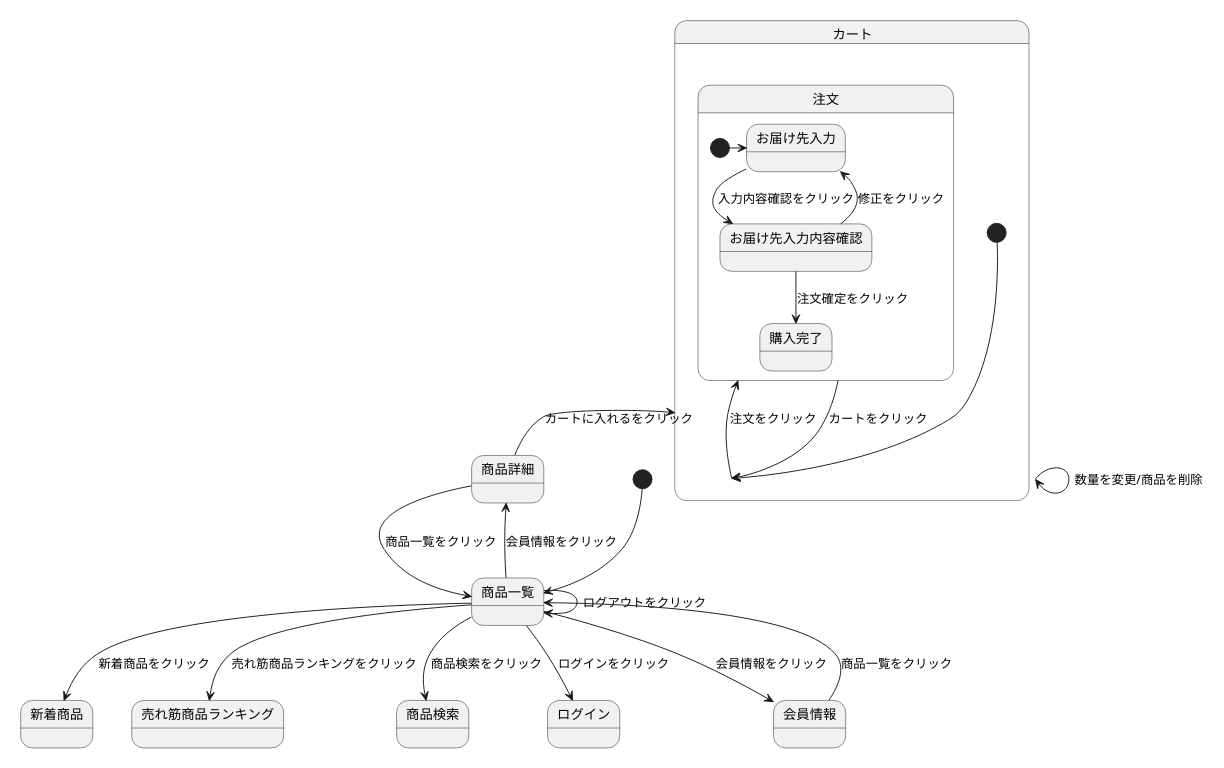
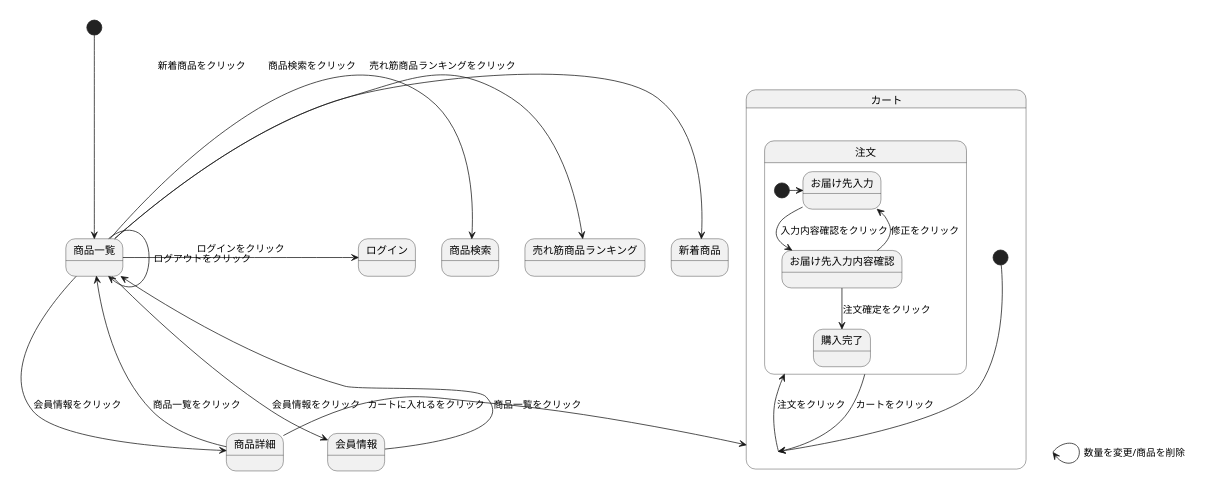
The diagram in stmmyshop.md (Aso2001369/2021sys-design), drawn with PlantUML before and after one commit.

````diff
--- a/stmmyshop.md
+++ b/stmmyshop.md
@@ -1,29 +1,29 @@
 ```uml
 @startuml
 scale 600 width
 [*] --> 商品一覧
-商品一覧 --> 新着商品 : 新着商品をクリック
-商品一覧 --> 売れ筋商品ランキング : 売れ筋商品ランキングをクリック
-商品一覧 --> 商品検索 : 商品検索をクリック
-商品一覧 --> 商品詳細 : 会員情報をクリック
-商品一覧 --> ログイン : ログインをクリック
-商品一覧 --> 商品一覧 : ログアウトをクリック
-商品一覧 --> 会員情報 : 会員情報をクリック
+商品一覧 -> 新着商品 : 新着商品をクリック
+商品一覧 -> 売れ筋商品ランキング : 売れ筋商品ランキングをクリック
+商品一覧 -> 商品検索 : 商品検索をクリック
+商品一覧 -> 商品詳細 : 会員情報をクリック
+商品一覧 -> ログイン : ログインをクリック
+商品一覧 -> 商品一覧 : ログアウトをクリック
+商品一覧 -> 会員情報 : 会員情報をクリック
 商品詳細 -> カート : カートに入れるをクリック
 state カート {
 [*] --> カート
 カート -> 注文 : 注文をクリック
 カート -> カート : 数量を変更/商品を削除
 注文 --> カート : カートをクリック
 state 注文 {
 [*] -> お届け先入力
 お届け先入力 --> お届け先入力内容確認 : 入力内容確認をクリック
 お届け先入力内容確認 --> お届け先入力 : 修正をクリック
 お届け先入力内容確認 --> 購入完了 : 注文確定をクリック
 }
 商品詳細 --> 商品一覧 : 商品一覧をクリック
 会員情報 --> 商品一覧 : 商品一覧をクリック
 
 
 @enduml
 ```
````
